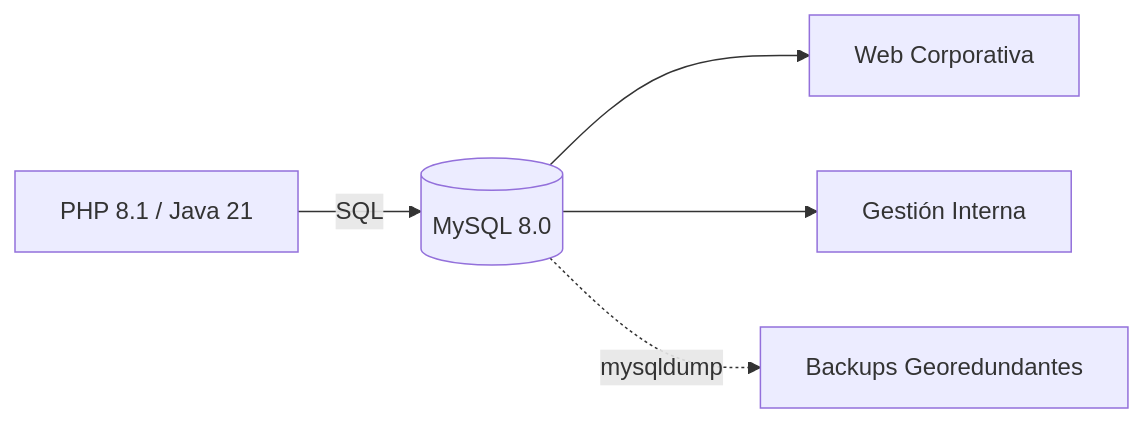
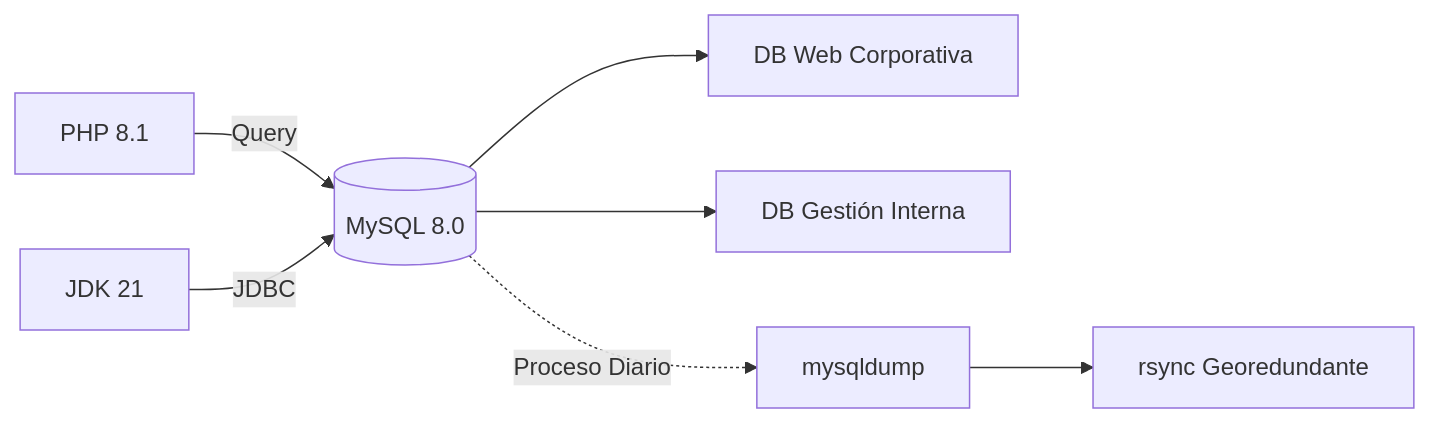
Before and after one commit to vjp-yusefLC/proyecto-git-md: the diagram in docs/04-instalacion/base-de-datos.md, drawn with Mermaid. The commit also changed other lines of this file, not shown here.

````diff
--- a/docs/04-instalacion/base-de-datos.md
+++ b/docs/04-instalacion/base-de-datos.md
@@ -7,7 +7,9 @@
 ```mermaid
 graph LR
-    App[PHP 8.1 / Java 21] -->|SQL| MySQL[(MySQL 8.0)]
-    MySQL --> DB1[Web Corporativa]
-    MySQL --> DB2[Gestión Interna]
-    MySQL -.->|mysqldump| Backup[Backups Georedundantes]
+    PHP[PHP 8.1] -->|Query| MySQL[(MySQL 8.0)]
+    Java[JDK 21] -->|JDBC| MySQL
+    MySQL --> DB_Web[DB Web Corporativa]
+    MySQL --> DB_Interna[DB Gestión Interna]
+    MySQL -.->|Proceso Diario| Dump[mysqldump]
+    Dump --> Rsync[rsync Georedundante]
 ```
````
